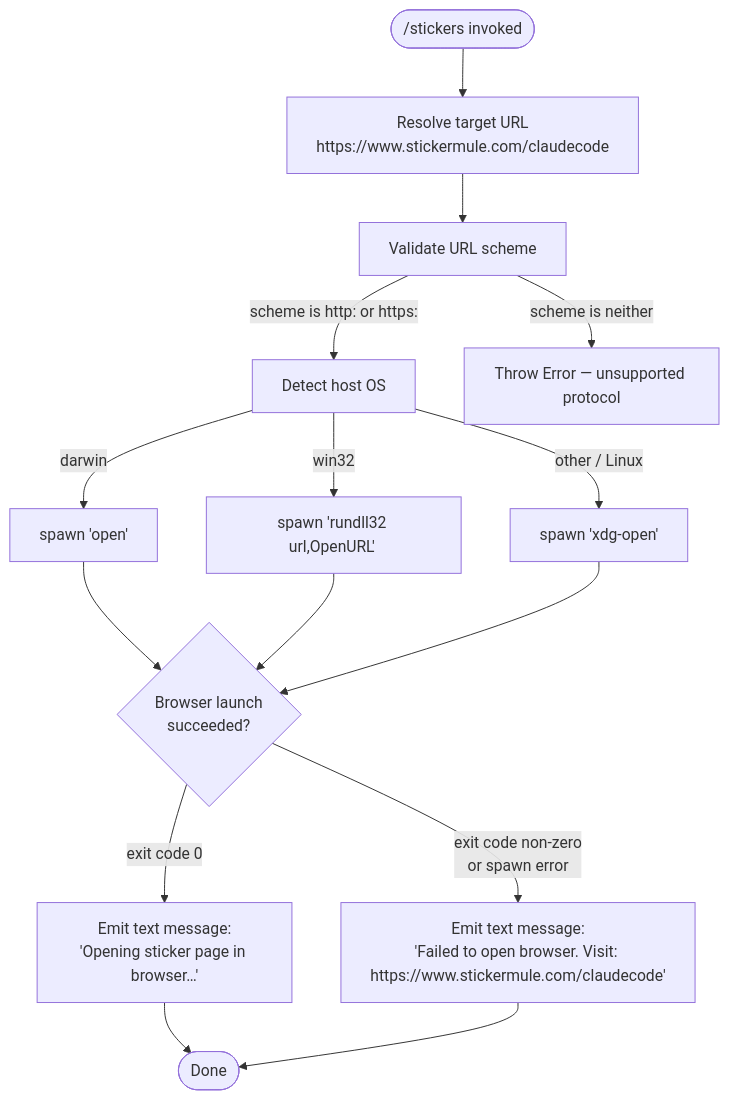
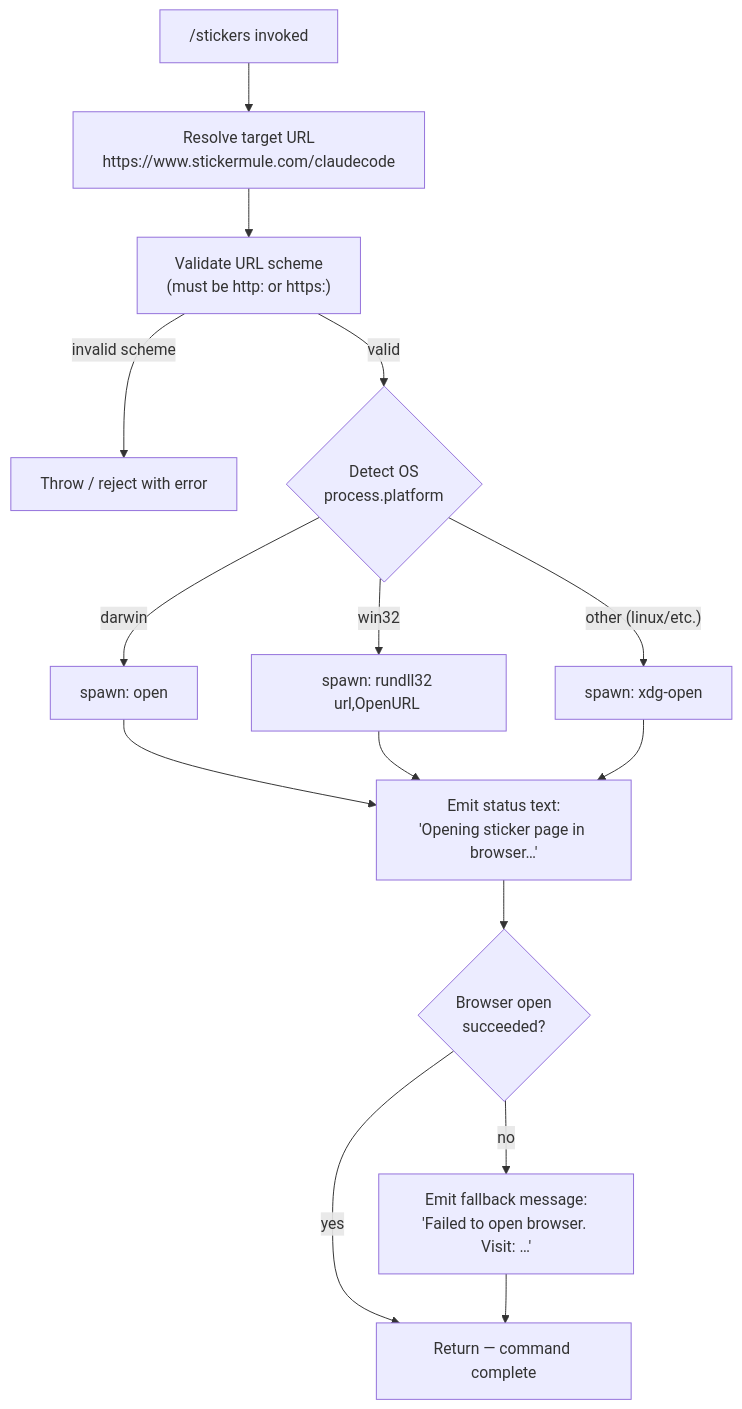
Before and after one commit to MyLittleLuckyDog/cc-gnothi: the diagram in versions/v2.1.132/stickers.md, drawn with Mermaid. The commit also changed other lines of this file and 96 other files, not shown here.

````diff
--- a/versions/v2.1.132/stickers.md
+++ b/versions/v2.1.132/stickers.md
@@ -46,15 +53,15 @@
 ```mermaid
 flowchart TD
-    A(["/stickers invoked"]) --> B[Resolve target URL\nhttps://www.stickermule.com/claudecode]
-    B --> C[Validate URL scheme]
-    C -- "scheme is http: or https:" --> D[Detect host OS]
-    C -- "scheme is neither" --> E[Throw Error — unsupported protocol]
-    D -- "darwin" --> F["spawn 'open' <url>"]
-    D -- "win32" --> G["spawn 'rundll32 url,OpenURL' <url>"]
-    D -- "other / Linux" --> H["spawn 'xdg-open' <url>"]
-    F & G & H --> I{Browser launch\nsucceeded?}
-    I -- "exit code 0" --> J["Emit text message:\n'Opening sticker page in browser…'"]
-    I -- "exit code non-zero\nor spawn error" --> K["Emit text message:\n'Failed to open browser. Visit: https://www.stickermule.com/claudecode'"]
-    J --> L([Done])
-    K --> L
+    A["/stickers invoked"] --> B["Resolve target URL\nhttps://www.stickermule.com/claudecode"]
+    B --> C["Validate URL scheme\n(must be http: or https:)"]
+    C -- "invalid scheme" --> D["Throw / reject with error"]
+    C -- "valid" --> E{"Detect OS\nprocess.platform"}
+    E -- "darwin" --> F["spawn: open <url>"]
+    E -- "win32" --> G["spawn: rundll32 url,OpenURL <url>"]
+    E -- "other (linux/etc.)" --> H["spawn: xdg-open <url>"]
+    F & G & H --> I["Emit status text:\n'Opening sticker page in browser…'"]
+    I --> J{"Browser open\nsucceeded?"}
+    J -- "yes" --> K["Return — command complete"]
+    J -- "no" --> L["Emit fallback message:\n'Failed to open browser. Visit: …'"]
+    L --> K
 ```
````
